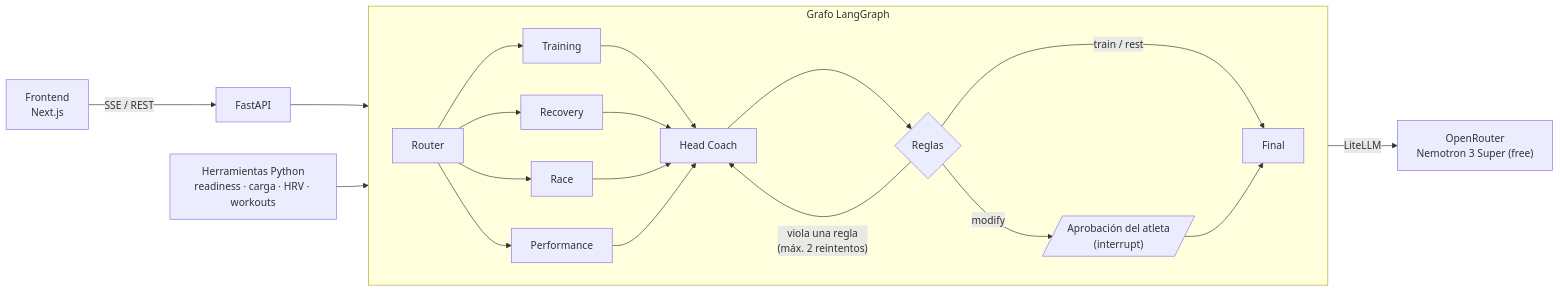
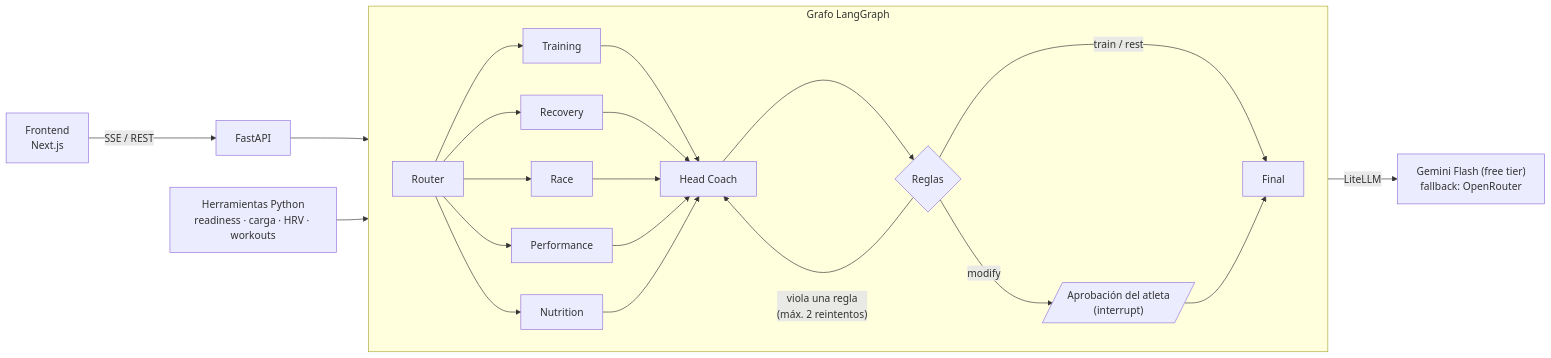
The diagram in README.md (fransempe/trimind-aiday), drawn with Mermaid before and after one commit. The commit also changed other lines of this file and 72 other files, not shown here.

````diff
--- a/README.md
+++ b/README.md
@@ -60,22 +85,23 @@
 ```mermaid
 flowchart LR
     UI["Frontend<br/>Next.js"] -- "SSE / REST" --> API["FastAPI"]
     API --> G
 
     subgraph G["Grafo LangGraph"]
         direction LR
         R[Router] --> T[Training]
         R --> RC[Recovery]
         R --> RA[Race]
         R --> P[Performance]
-        T & RC & RA & P --> HC[Head Coach]
+        R --> N[Nutrition]
+        T & RC & RA & P & N --> HC[Head Coach]
         HC --> RU{Reglas}
         RU -- "viola una regla<br/>(máx. 2 reintentos)" --> HC
         RU -- modify --> AP[/"Aprobación del atleta<br/>(interrupt)"/]
         RU -- "train / rest" --> F[Final]
         AP --> F
     end
 
     TOOLS["Herramientas Python<br/>readiness · carga · HRV · workouts"] --> G
-    G -- LiteLLM --> LLM["OpenRouter<br/>Nemotron 3 Super (free)"]
+    G -- LiteLLM --> LLM["Gemini Flash (free tier)<br/>fallback: OpenRouter"]
 ```
````
